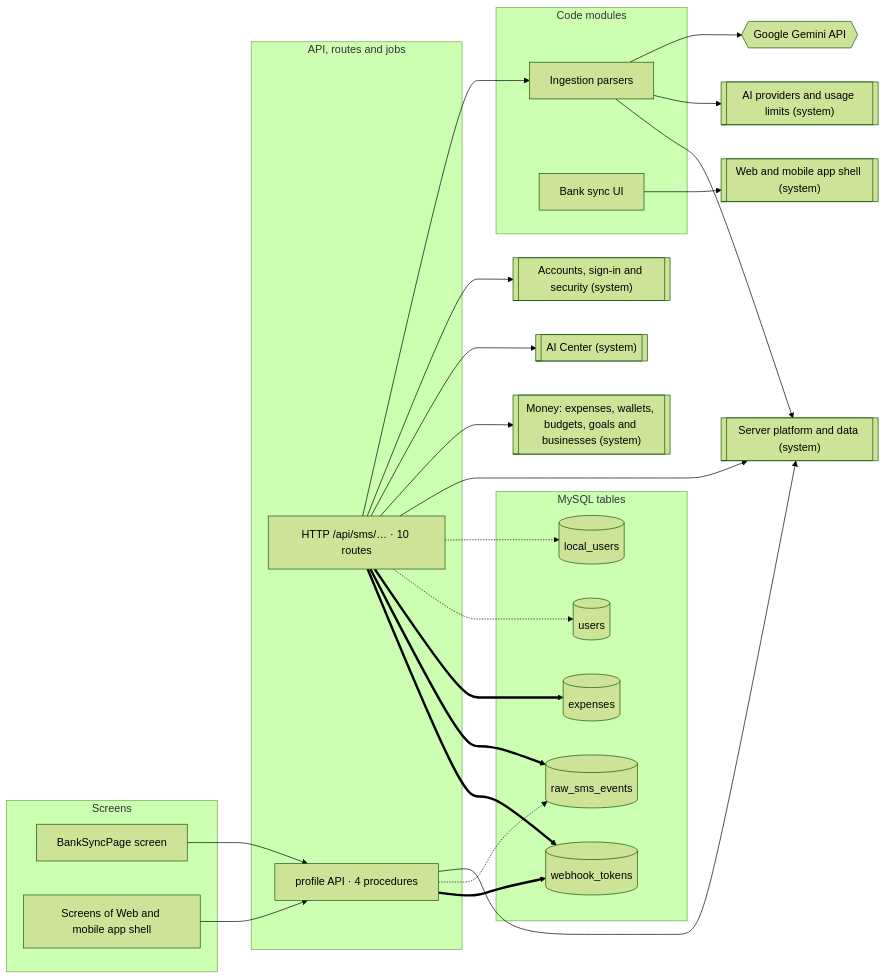
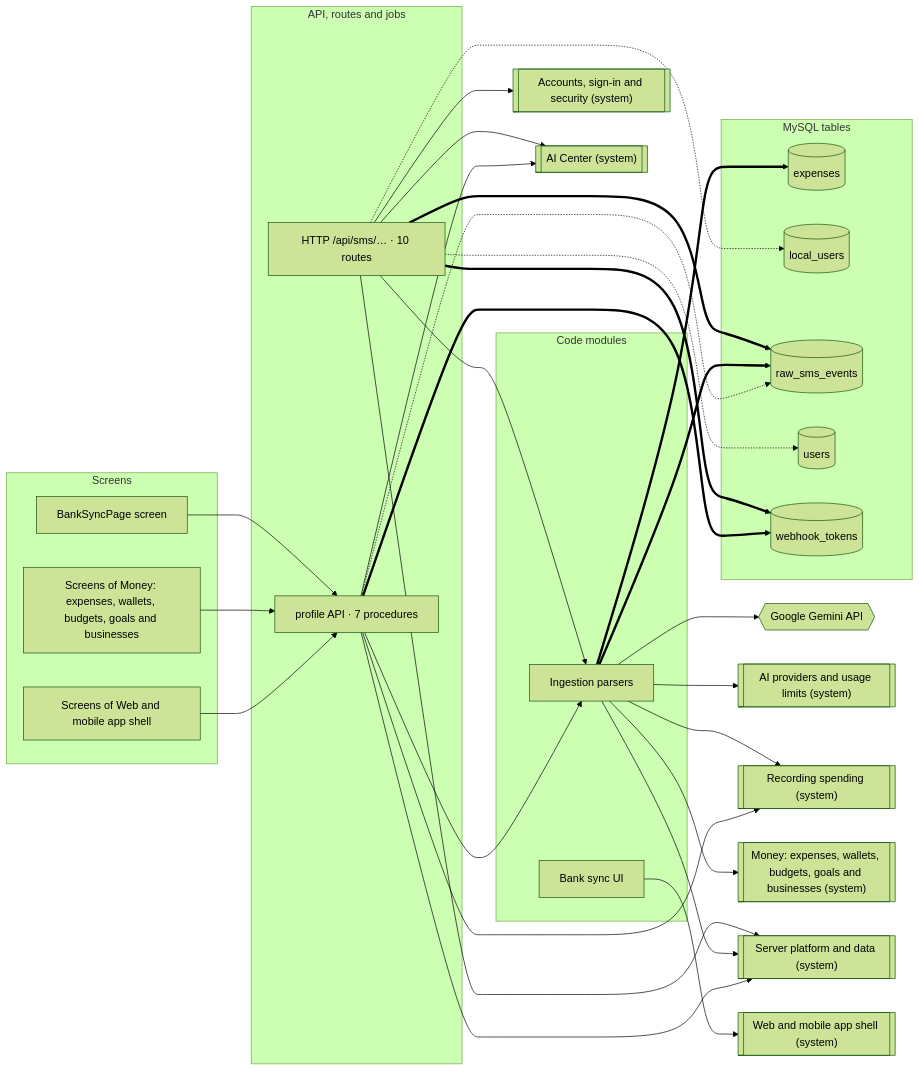
The first of 2 diagrams in docs/atlas/systems/bank-messages.md (mahmoudtaherr111/smartspend_mini_all), drawn with Mermaid (forest theme) before and after one commit. The commit also changed other lines of this file and 36 other files, not shown here.

````diff
--- a/docs/atlas/systems/bank-messages.md
+++ b/docs/atlas/systems/bank-messages.md
@@ -13,48 +13,56 @@
 ```mermaid
 flowchart LR
   subgraph g_screens["Screens"]
     page_BankSyncPage["BankSyncPage screen"]
+    screens_money["Screens of Money: expenses, wallets, budgets, goals and businesses"]
     screens_web_app["Screens of Web and mobile app shell"]
   end
   subgraph g_api["API, routes and jobs"]
     http__api_sms["HTTP /api/sms/… · 10 routes"]
-    router_profile["profile API · 4 procedures"]
+    router_profile["profile API · 7 procedures"]
   end
   subgraph g_modules["Code modules"]
     mod_ingestion_parsers["Ingestion parsers"]
     mod_web_bank_sync["Bank sync UI"]
   end
   subgraph g_tables["MySQL tables"]
     tbl_expenses[("expenses")]
     tbl_local_users[("local_users")]
     tbl_raw_sms_events[("raw_sms_events")]
     tbl_users[("users")]
     tbl_webhook_tokens[("webhook_tokens")]
   end
   ext_gemini{{"Google Gemini API"}}
   sys_accounts[["Accounts, sign-in and security (system)"]]
   sys_ai_center[["AI Center (system)"]]
   sys_ai_platform[["AI providers and usage limits (system)"]]
+  sys_expense_capture[["Recording spending (system)"]]
   sys_money[["Money: expenses, wallets, budgets, goals and businesses (system)"]]
   sys_platform[["Server platform and data (system)"]]
   sys_web_app[["Web and mobile app shell (system)"]]
   http__api_sms --> mod_ingestion_parsers
   http__api_sms --> sys_accounts
   http__api_sms --> sys_ai_center
-  http__api_sms --> sys_money
   http__api_sms --> sys_platform
   http__api_sms -.-> tbl_local_users
   http__api_sms -.-> tbl_users
-  http__api_sms ==> tbl_expenses
   http__api_sms ==> tbl_raw_sms_events
   http__api_sms ==> tbl_webhook_tokens
   mod_ingestion_parsers --> ext_gemini
   mod_ingestion_parsers --> sys_ai_platform
+  mod_ingestion_parsers --> sys_expense_capture
+  mod_ingestion_parsers --> sys_money
   mod_ingestion_parsers --> sys_platform
+  mod_ingestion_parsers ==> tbl_expenses
+  mod_ingestion_parsers ==> tbl_raw_sms_events
   mod_web_bank_sync --> sys_web_app
   page_BankSyncPage --> router_profile
+  router_profile --> mod_ingestion_parsers
+  router_profile --> sys_ai_center
+  router_profile --> sys_expense_capture
   router_profile --> sys_platform
   router_profile -.-> tbl_raw_sms_events
   router_profile ==> tbl_webhook_tokens
+  screens_money --> router_profile
   screens_web_app --> router_profile
 ```
````
